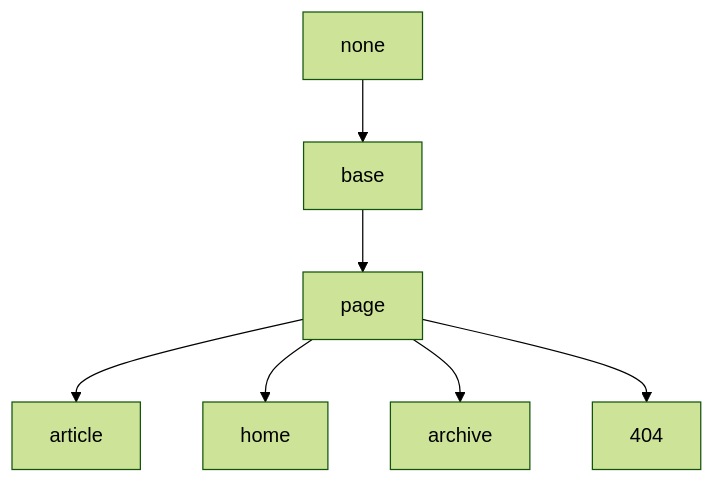
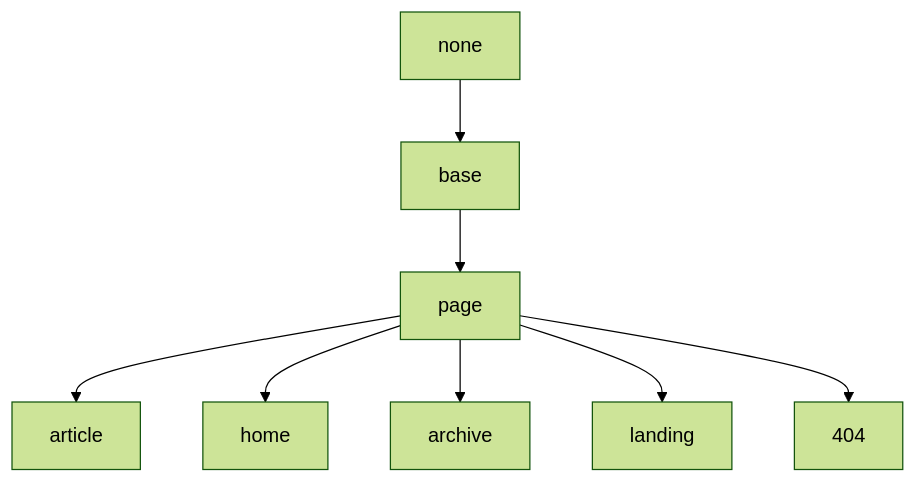
The diagram in docs/en/2.3-layouts.md (hillaryyang/hillaryyang.github.io), drawn with Mermaid (forest theme) before and after one commit. The commit also changed other lines of this file and 6 other files, not shown here.

````diff
--- a/docs/en/2.3-layouts.md
+++ b/docs/en/2.3-layouts.md
@@ -12,16 +12,18 @@
 ```mermaid
 graph TB;
     NONE[none]
     BASE[base]
     PAGE[page]
     ARTICLE[article]
     HOME[home]
     ARCHIVE[archive]
+    LANDING[landing]
     404[404]
     NONE-->BASE;
     BASE-->PAGE;
     PAGE-->ARTICLE;
     PAGE-->HOME;
     PAGE-->ARCHIVE;
+    PAGE-->LANDING;
     PAGE-->404;
 ```
````
